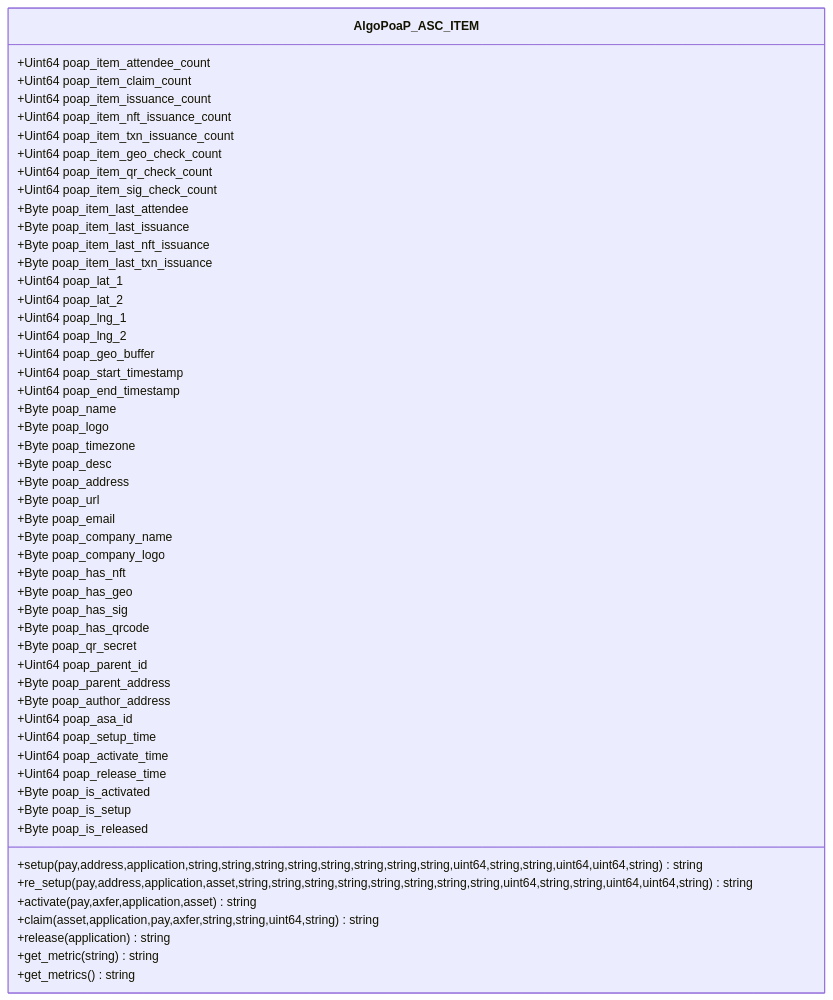
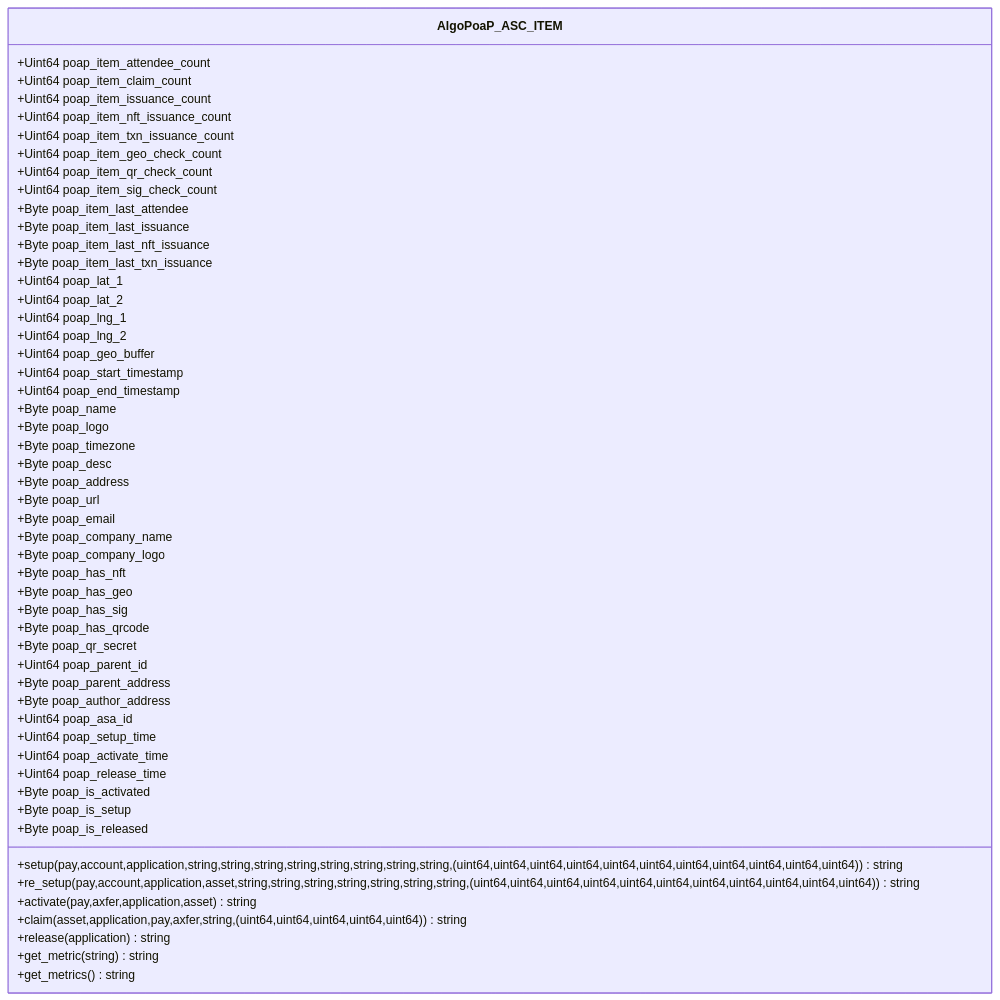
The tenth of 10 diagrams in profile/README.md (GoPlausible/.github), drawn with Mermaid before and after one commit.

````diff
--- a/profile/README.md
+++ b/profile/README.md
@@ -612,72 +612,72 @@
 ```mermaid
   classDiagram
     class AlgoPoaP_ASC_ITEM
     AlgoPoaP_ASC_ITEM : +Uint64 poap_item_attendee_count
     AlgoPoaP_ASC_ITEM : +Uint64 poap_item_claim_count
     AlgoPoaP_ASC_ITEM : +Uint64 poap_item_issuance_count
     AlgoPoaP_ASC_ITEM : +Uint64 poap_item_nft_issuance_count
     AlgoPoaP_ASC_ITEM : +Uint64 poap_item_txn_issuance_count
 
     AlgoPoaP_ASC_ITEM : +Uint64 poap_item_geo_check_count
     AlgoPoaP_ASC_ITEM : +Uint64 poap_item_qr_check_count
     AlgoPoaP_ASC_ITEM : +Uint64 poap_item_sig_check_count
 
   
     AlgoPoaP_ASC_ITEM : +Byte poap_item_last_attendee
     AlgoPoaP_ASC_ITEM : +Byte poap_item_last_issuance
     AlgoPoaP_ASC_ITEM : +Byte poap_item_last_nft_issuance
     AlgoPoaP_ASC_ITEM : +Byte poap_item_last_txn_issuance
 
 
     AlgoPoaP_ASC_ITEM : +Uint64 poap_lat_1
     AlgoPoaP_ASC_ITEM : +Uint64 poap_lat_2
     AlgoPoaP_ASC_ITEM : +Uint64 poap_lng_1
     AlgoPoaP_ASC_ITEM : +Uint64 poap_lng_2
     AlgoPoaP_ASC_ITEM : +Uint64 poap_geo_buffer
     AlgoPoaP_ASC_ITEM : +Uint64 poap_start_timestamp
     AlgoPoaP_ASC_ITEM : +Uint64 poap_end_timestamp
     AlgoPoaP_ASC_ITEM : +Byte poap_name
     AlgoPoaP_ASC_ITEM : +Byte poap_logo
     AlgoPoaP_ASC_ITEM : +Byte poap_timezone
     AlgoPoaP_ASC_ITEM : +Byte poap_desc
     AlgoPoaP_ASC_ITEM : +Byte poap_address
     AlgoPoaP_ASC_ITEM : +Byte poap_url
     AlgoPoaP_ASC_ITEM : +Byte poap_email
     AlgoPoaP_ASC_ITEM : +Byte poap_company_name
     AlgoPoaP_ASC_ITEM : +Byte poap_company_logo
     AlgoPoaP_ASC_ITEM : +Byte poap_has_nft
     AlgoPoaP_ASC_ITEM : +Byte poap_has_geo
     AlgoPoaP_ASC_ITEM : +Byte poap_has_sig
     AlgoPoaP_ASC_ITEM : +Byte poap_has_qrcode
     AlgoPoaP_ASC_ITEM : +Byte poap_qr_secret
 
 
     AlgoPoaP_ASC_ITEM : +Uint64 poap_parent_id
     AlgoPoaP_ASC_ITEM : +Byte poap_parent_address
     AlgoPoaP_ASC_ITEM : +Byte poap_author_address
     AlgoPoaP_ASC_ITEM : +Uint64 poap_asa_id
 
     AlgoPoaP_ASC_ITEM : +Uint64 poap_setup_time
     AlgoPoaP_ASC_ITEM : +Uint64 poap_activate_time
     AlgoPoaP_ASC_ITEM : +Uint64 poap_release_time
 
 
      AlgoPoaP_ASC_ITEM : +Byte poap_is_activated
     AlgoPoaP_ASC_ITEM : +Byte poap_is_setup
     AlgoPoaP_ASC_ITEM : +Byte poap_is_released
 
 
 
  
 
-    AlgoPoaP_ASC_ITEM : +setup(pay,address,application,string,string,string,string,string,string,string,string,uint64,string,string,uint64,uint64,string)string
-    AlgoPoaP_ASC_ITEM : +re_setup(pay,address,application,asset,string,string,string,string,string,string,string,string,uint64,string,string,uint64,uint64,string)string
+    AlgoPoaP_ASC_ITEM : +setup(pay,account,application,string,string,string,string,string,string,string,string,(uint64,uint64,uint64,uint64,uint64,uint64,uint64,uint64,uint64,uint64,uint64))string
+    AlgoPoaP_ASC_ITEM : +re_setup(pay,account,application,asset,string,string,string,string,string,string,string,(uint64,uint64,uint64,uint64,uint64,uint64,uint64,uint64,uint64,uint64,uint64))string
     AlgoPoaP_ASC_ITEM : +activate(pay,axfer,application,asset)string
-    AlgoPoaP_ASC_ITEM : +claim(asset,application,pay,axfer,string,string,uint64,string)string
+    AlgoPoaP_ASC_ITEM : +claim(asset,application,pay,axfer,string,(uint64,uint64,uint64,uint64,uint64))string
     AlgoPoaP_ASC_ITEM : +release(application)string
     AlgoPoaP_ASC_ITEM : +get_metric(string)string
     AlgoPoaP_ASC_ITEM : +get_metrics()string
     
   
     
 ```
````
